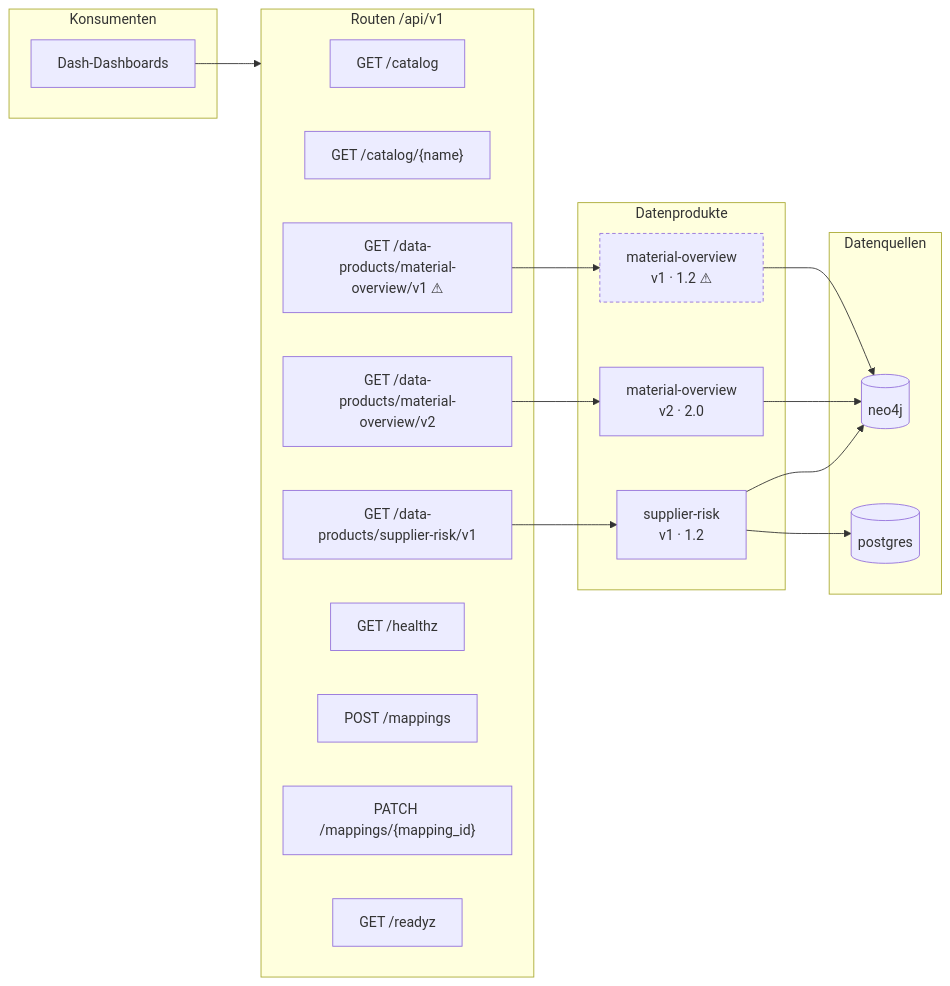
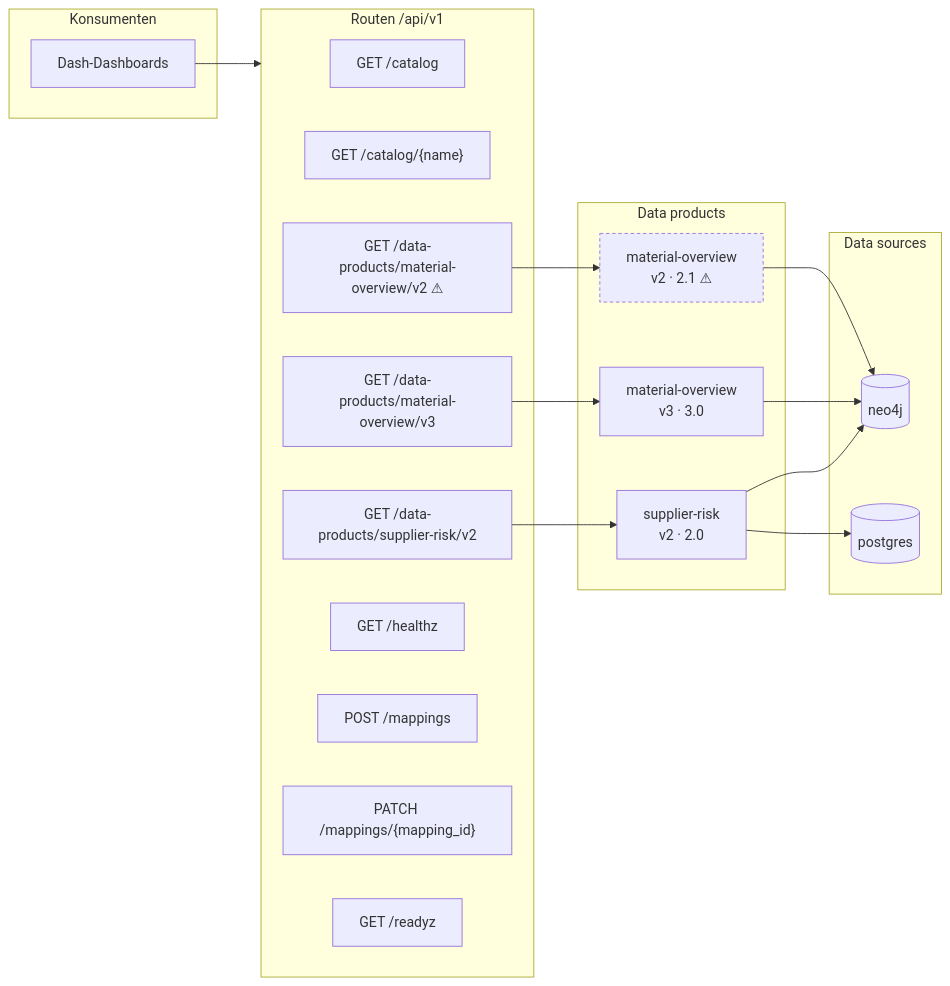
The first of 3 diagrams in docs/architecture.md (PlongoDongo/material_management_dashboard), drawn with Mermaid before and after one commit. The commit also changed other lines of this file and 55 other files, not shown here.

````diff
--- a/docs/architecture.md
+++ b/docs/architecture.md
@@ -15,41 +15,41 @@
 ```mermaid
 flowchart LR
   subgraph clients["Konsumenten"]
     dash["Dash-Dashboards"]
   end
 
   subgraph routes["Routen /api/v1"]
     r__api_v1_catalog["GET /catalog"]
     r__api_v1_catalog__name_["GET /catalog/{name}"]
-    r__api_v1_data_products_material_overview_v1["GET /data-products/material-overview/v1 ⚠"]
-    r__api_v1_data_products_material_overview_v2["GET /data-products/material-overview/v2"]
-    r__api_v1_data_products_supplier_risk_v1["GET /data-products/supplier-risk/v1"]
+    r__api_v1_data_products_material_overview_v2["GET /data-products/material-overview/v2 ⚠"]
+    r__api_v1_data_products_material_overview_v3["GET /data-products/material-overview/v3"]
+    r__api_v1_data_products_supplier_risk_v2["GET /data-products/supplier-risk/v2"]
     r__api_v1_healthz["GET /healthz"]
     r__api_v1_mappings["POST /mappings"]
     r__api_v1_mappings__mapping_id_["PATCH /mappings/{mapping_id}"]
     r__api_v1_readyz["GET /readyz"]
   end
 
-  subgraph products["Datenprodukte"]
-    p_material_overview_1["material-overview<br/>v1 · 1.2 ⚠"]
-    p_material_overview_2["material-overview<br/>v2 · 2.0"]
-    p_supplier_risk_1["supplier-risk<br/>v1 · 1.2"]
+  subgraph products["Data products"]
+    p_material_overview_2["material-overview<br/>v2 · 2.1 ⚠"]
+    p_material_overview_3["material-overview<br/>v3 · 3.0"]
+    p_supplier_risk_2["supplier-risk<br/>v2 · 2.0"]
   end
 
-  subgraph sources["Datenquellen"]
+  subgraph sources["Data sources"]
     src_neo4j[("neo4j")]
     src_postgres[("postgres")]
   end
 
   dash --> routes
-  r__api_v1_data_products_material_overview_v1 --> p_material_overview_1
   r__api_v1_data_products_material_overview_v2 --> p_material_overview_2
-  r__api_v1_data_products_supplier_risk_v1 --> p_supplier_risk_1
-  p_material_overview_1 --> src_neo4j
+  r__api_v1_data_products_material_overview_v3 --> p_material_overview_3
+  r__api_v1_data_products_supplier_risk_v2 --> p_supplier_risk_2
   p_material_overview_2 --> src_neo4j
-  p_supplier_risk_1 --> src_neo4j
-  p_supplier_risk_1 --> src_postgres
+  p_material_overview_3 --> src_neo4j
+  p_supplier_risk_2 --> src_neo4j
+  p_supplier_risk_2 --> src_postgres
 
   classDef deprecated stroke-dasharray: 4 3;
-  class p_material_overview_1 deprecated;
+  class p_material_overview_2 deprecated;
 ```
````
